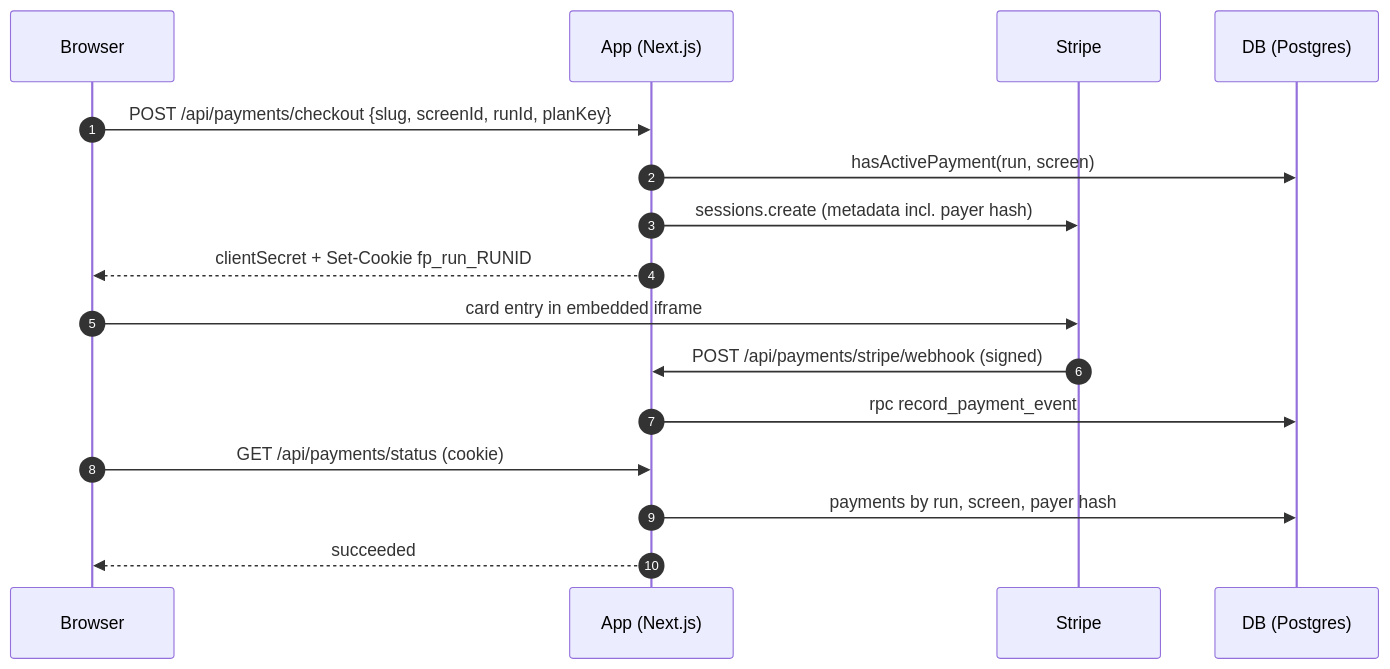
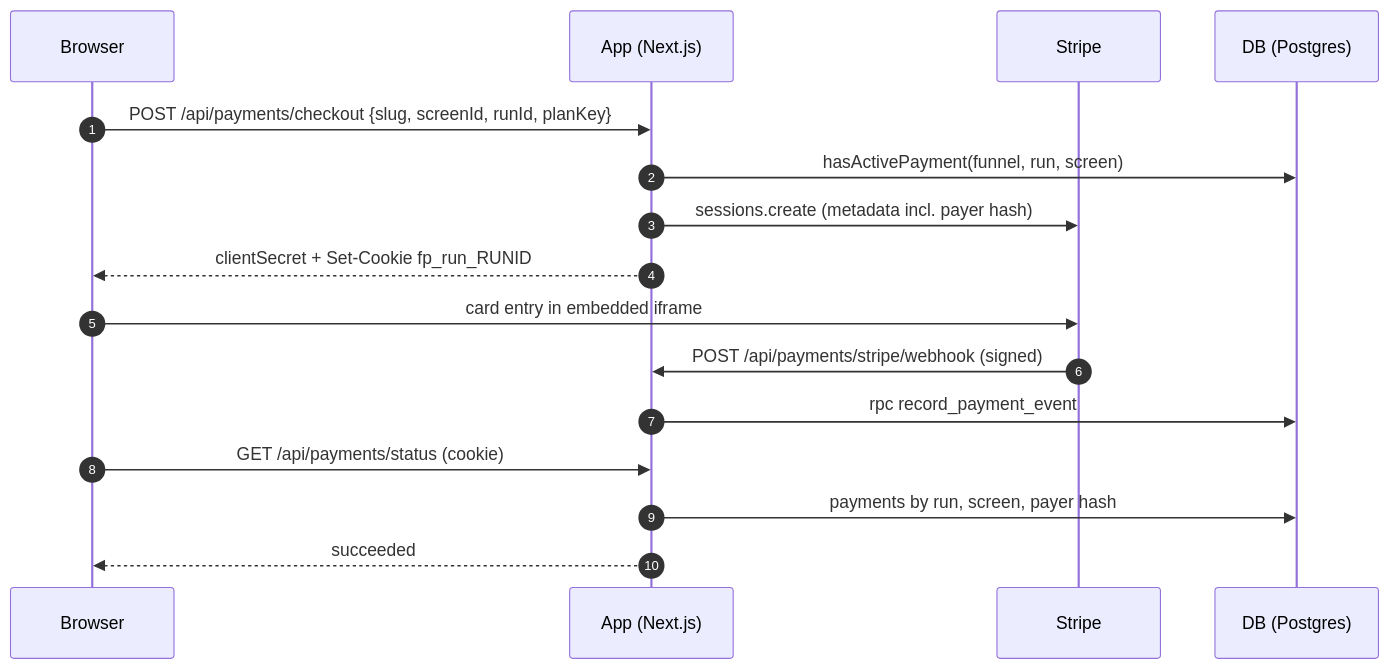
The second of 2 diagrams in docs/features/30-checkout.md (arturklimovich-eng/vibefunel), drawn with Mermaid before and after one commit. The commit also changed other lines of this file and 70 other files, not shown here.

````diff
--- a/docs/features/30-checkout.md
+++ b/docs/features/30-checkout.md
@@ -41,19 +41,19 @@
 ```mermaid
 sequenceDiagram
   autonumber
   participant B as Browser
   participant A as App (Next.js)
   participant S as Stripe
   participant D as DB (Postgres)
 
   B->>A: POST /api/payments/checkout {slug, screenId, runId, planKey}
-  A->>D: hasActivePayment(run, screen)
+  A->>D: hasActivePayment(funnel, run, screen)
   A->>S: sessions.create (metadata incl. payer hash)
   A-->>B: clientSecret + Set-Cookie fp_run_RUNID
   B->>S: card entry in embedded iframe
   S->>A: POST /api/payments/stripe/webhook (signed)
   A->>D: rpc record_payment_event
   B->>A: GET /api/payments/status (cookie)
   A->>D: payments by run, screen, payer hash
   A-->>B: succeeded
 ```
````
